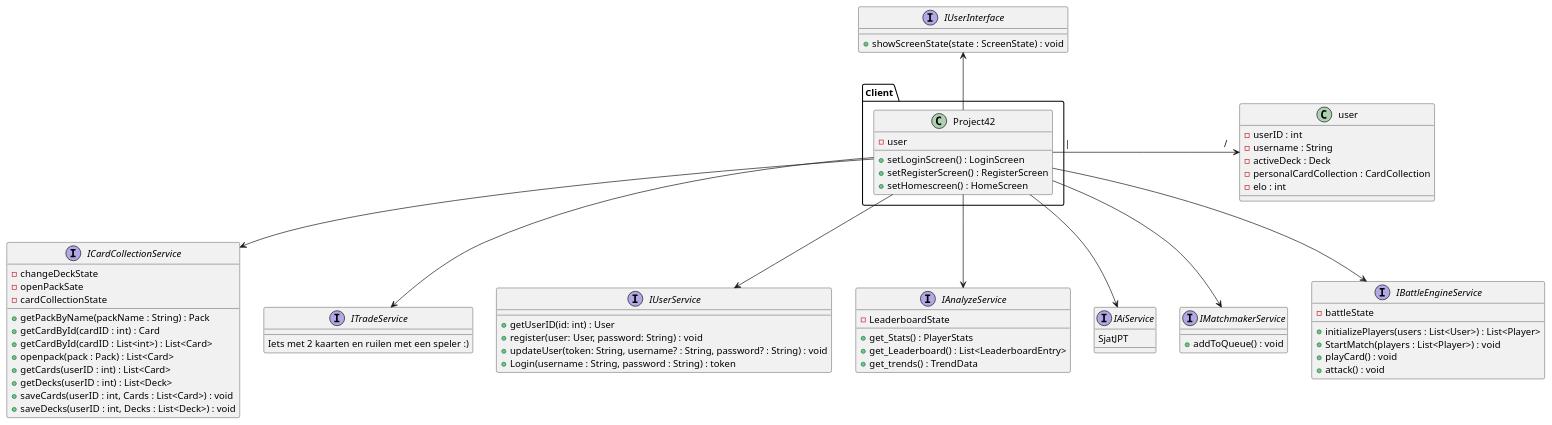
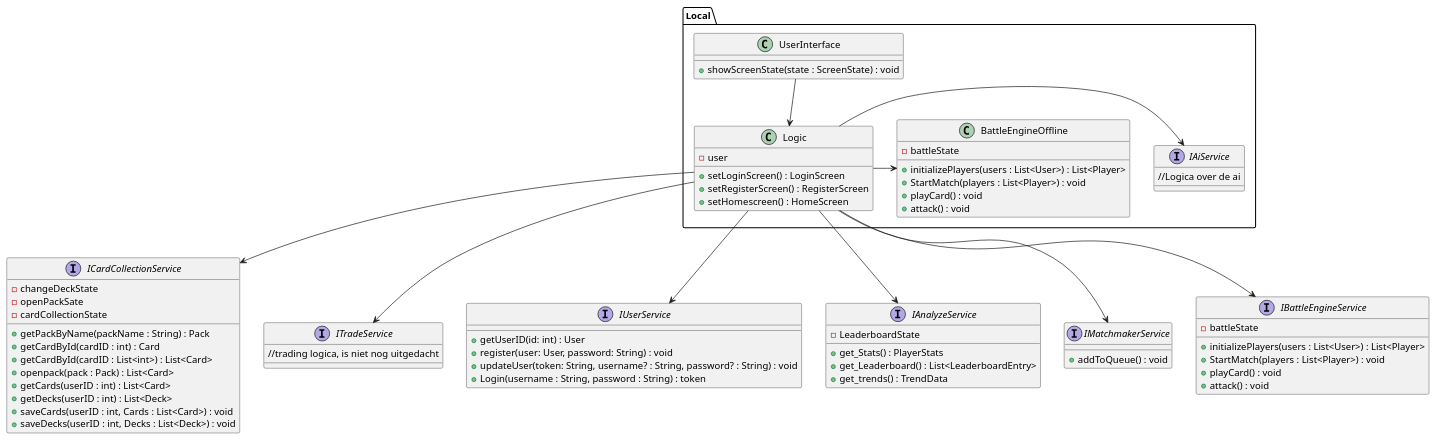
The diagram in implementation view/overviewInterfaces.puml (RobKokx/diagrammen-SAD-Pinc), drawn with PlantUML before and after one commit.

```diff
--- a/implementation view/overviewInterfaces.puml
+++ b/implementation view/overviewInterfaces.puml
@@ -1,82 +1,82 @@
 @startuml
 
-interface "IUserInterface" as UI{
+
+
+package Local{
+Class "UserInterface" as UI{
 +showScreenState(state : ScreenState) : void
 }
-
-package Client{
-class "Project42" as client{
+class "Logic" as client{
 - user
 +setLoginScreen() : LoginScreen
 +setRegisterScreen() : RegisterScreen
 +setHomescreen() : HomeScreen
+}
 
+interface "IAiService" as AiS{
+//Logica over de ai
+}
+
+class "BattleEngineOffline" as OBES{
+-battleState
++initializePlayers(users : List<User>) : List<Player>
++StartMatch(players : List<Player>) : void
++playCard() : void
++attack() : void
 }
 }
+
 
 interface "ICardCollectionService" as CCS{
 -changeDeckState
 -openPackSate
 -cardCollectionState
 +getPackByName(packName : String) : Pack
 +getCardById(cardID : int) : Card
 +getCardById(cardID : List<int>) : List<Card>
 +openpack(pack : Pack) : List<Card>
 +getCards(userID : int) : List<Card>
 +getDecks(userID : int) : List<Deck>
 +saveCards(userID : int, Cards : List<Card>) : void
 +saveDecks(userID : int, Decks : List<Deck>) : void
 }
 
 interface "ITradeService" as TS {
-Iets met 2 kaarten en ruilen met een speler :)
+//trading logica, is niet nog uitgedacht
 }
 
 interface "IUserService" as US{
 +getUserID(id: int) : User
 +register(user: User, password: String) : void
 +updateUser(token: String, username? : String, password? : String) : void
 +Login(username : String, password : String) : token
 }
 interface "IAnalyzeService" as AS{
 -LeaderboardState
 +get_Stats() : PlayerStats
 +get_Leaderboard() : List<LeaderboardEntry>
 +get_trends() : TrendData
 }
 
-interface "IAiService" as AiS{
-SjatJPT
-}
-
 interface "IMatchmakerService" as MS{
 +addToQueue() : void
 }
 interface "IBattleEngineService" as BES{
 -battleState
 +initializePlayers(users : List<User>) : List<Player>
 +StartMatch(players : List<Player>) : void
 +playCard() : void
 +attack() : void
 }
 
-class user{
- - userID : int
- - username : String
- - activeDeck : Deck
- - personalCardCollection : CardCollection
- - elo : int
-}
-
-client -> user : |                                                                   /
 client --> CCS
 client --> US
 client --> AS
-client --> AiS
+client -> AiS
 client --> MS
 client --> BES
 client --> TS
-UI <-- client
-
+UI --> client
+client -> OBES
 
 @enduml
```
